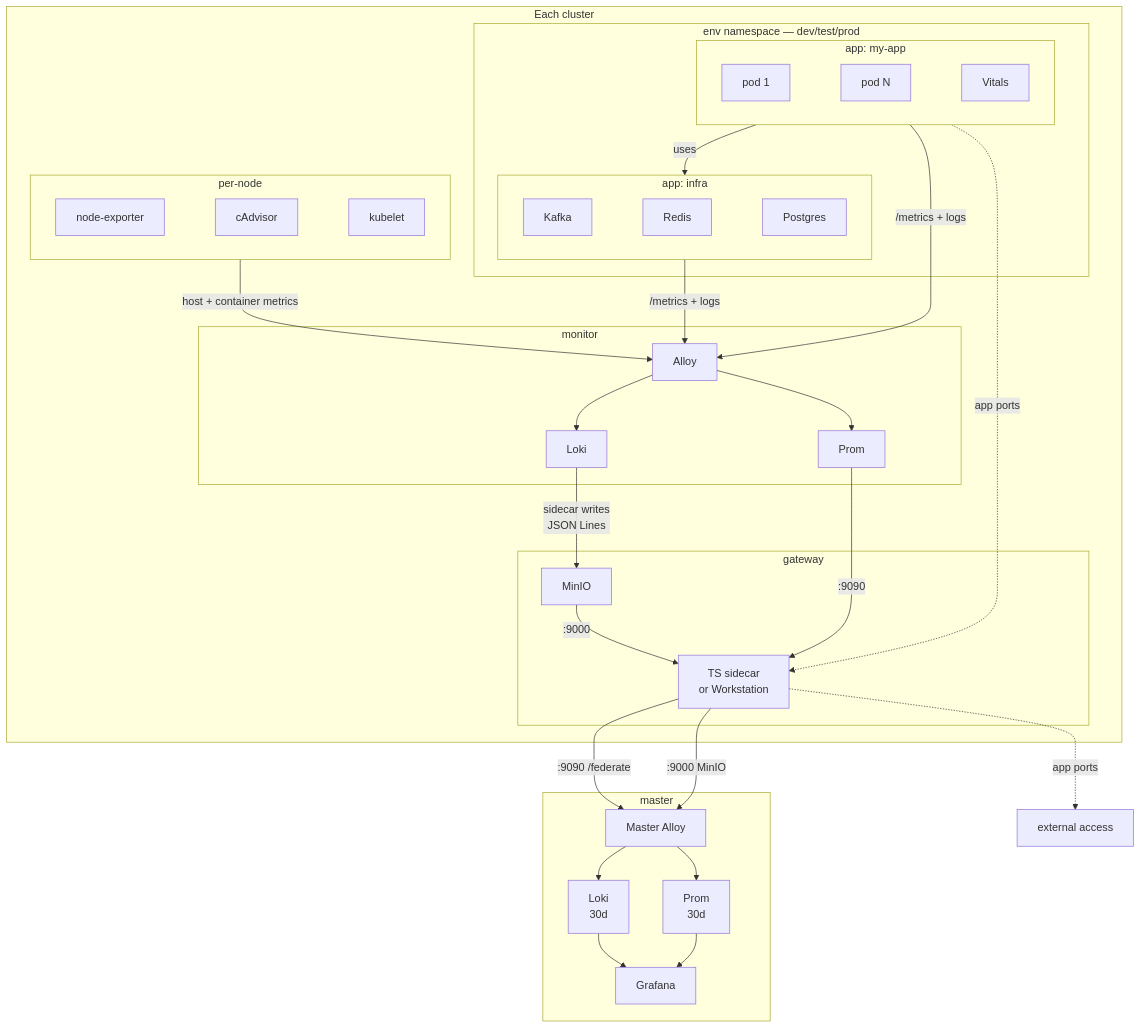
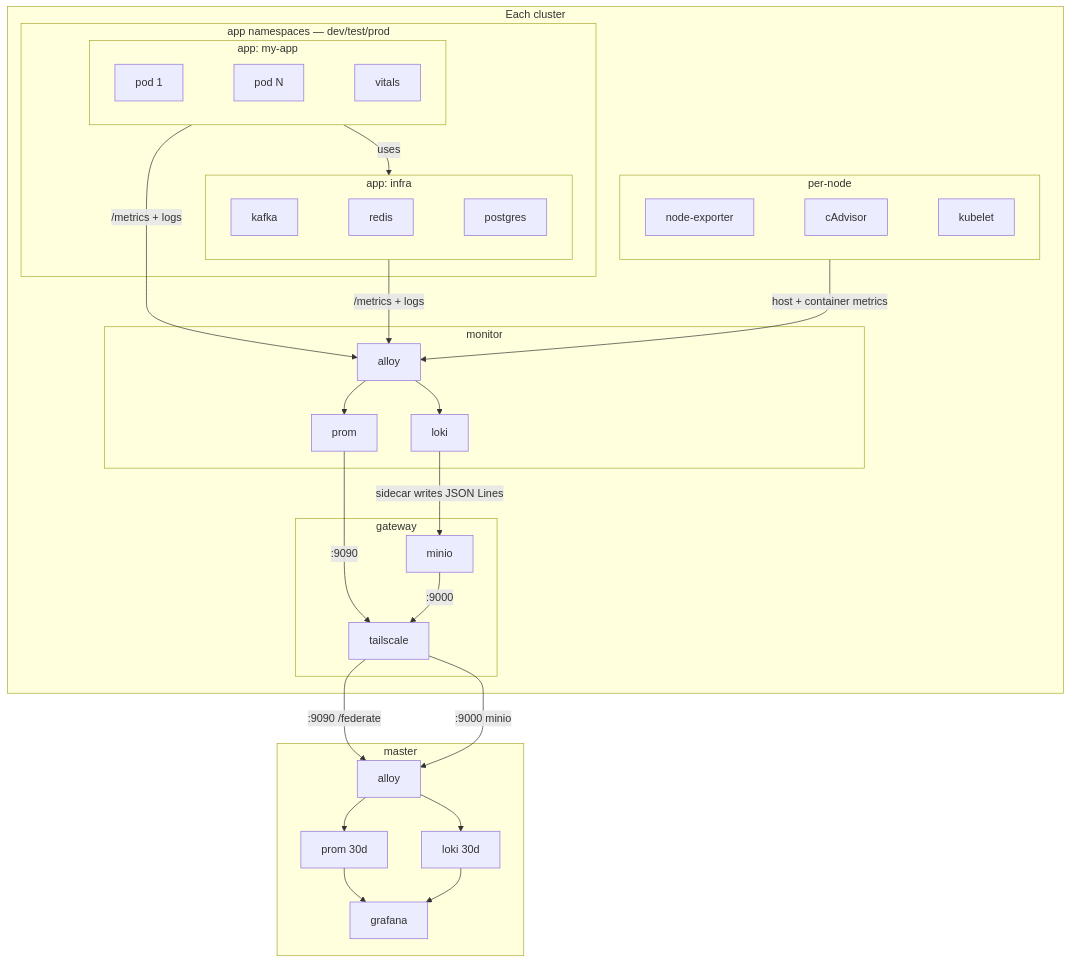
Before and after one commit to Kord96/kordinate: the second of 2 diagrams in docs/infra/infrastructure.md, drawn with Mermaid. The commit also changed other lines of this file, not shown here.

First line of the commit message:
Rewrite infrastructure docs — architecture first, deployer second

````diff
--- a/docs/infra/infrastructure.md
+++ b/docs/infra/infrastructure.md
@@ -112,52 +51,50 @@
-    ```mermaid
-    flowchart TB
-        subgraph cluster[Each cluster]
-            subgraph env[env namespace — dev/test/prod]
-                subgraph myapp["app: my-app"]
-                    P1[pod 1]
-                    PN[pod N]
-                    VIT[Vitals]
-                    P1 ~~~ PN ~~~ VIT
-                end
-                subgraph infra["app: infra"]
-                    KF[Kafka]
-                    RD[Redis]
-                    PG[Postgres]
-                    KF ~~~ RD ~~~ PG
-                end
+```mermaid
+flowchart TB
+    subgraph cluster[Each cluster]
+        subgraph env[app namespaces — dev/test/prod]
+            subgraph myapp["app: my-app"]
+                P1[pod 1]
+                PN[pod N]
+                VIT[vitals]
+                P1 ~~~ PN ~~~ VIT
             end
-
-            subgraph nodes[per-node]
-                NE[node-exporter]
-                CA[cAdvisor]
-                KL[kubelet]
-                NE ~~~ CA ~~~ KL
+            subgraph infra-svc["app: infra"]
+                KF[kafka]
+                RD[redis]
+                PG[postgres]
+                KF ~~~ RD ~~~ PG
             end
-
-            subgraph mon[monitor]
-                AL[Alloy] --> LK[Loki] & PR[Prom]
-            end
-
-            subgraph gw[gateway]
-                GWT[TS sidecar<br/>or Workstation]
-                MIO[MinIO]
-            end
-
-            myapp -->|uses| infra
-            myapp & infra -->|/metrics + logs| AL
-            nodes -->|host + container metrics| AL
-            PR -->|:9090| GWT
-            LK -->|sidecar writes<br/>JSON Lines| MIO
-            MIO -->|:9000| GWT
-            myapp -.->|app ports| GWT
         end
 
-        GWT -->|:9090 /federate| MA
-        GWT -->|:9000 MinIO| MA
-        GWT -.->|app ports| EXT[external access]
+        subgraph nodes[per-node]
+            NE[node-exporter]
+            CA[cAdvisor]
+            KL[kubelet]
+            NE ~~~ CA ~~~ KL
+        end
 
-        subgraph master[master]
-            MA[Master Alloy] --> ML[Loki<br/>30d] & MP[Prom<br/>30d]
-            MP & ML --> G[Grafana]
+        subgraph mon[monitor]
+            AL[alloy] --> LK[loki] & PR[prom]
         end
-    ```
+
+        subgraph gw[gateway]
+            GWT[tailscale]
+            MIO[minio]
+        end
+
+        myapp -->|uses| infra-svc
+        myapp & infra-svc -->|/metrics + logs| AL
+        nodes -->|host + container metrics| AL
+        PR -->|:9090| GWT
+        LK -->|sidecar writes JSON Lines| MIO
+        MIO -->|:9000| GWT
+    end
+
+    GWT -->|:9090 /federate| MA
+    GWT -->|:9000 minio| MA
+
+    subgraph master[master]
+        MA[alloy] --> ML[loki 30d] & MP[prom 30d]
+        MP & ML --> G[grafana]
+    end
+```
````
